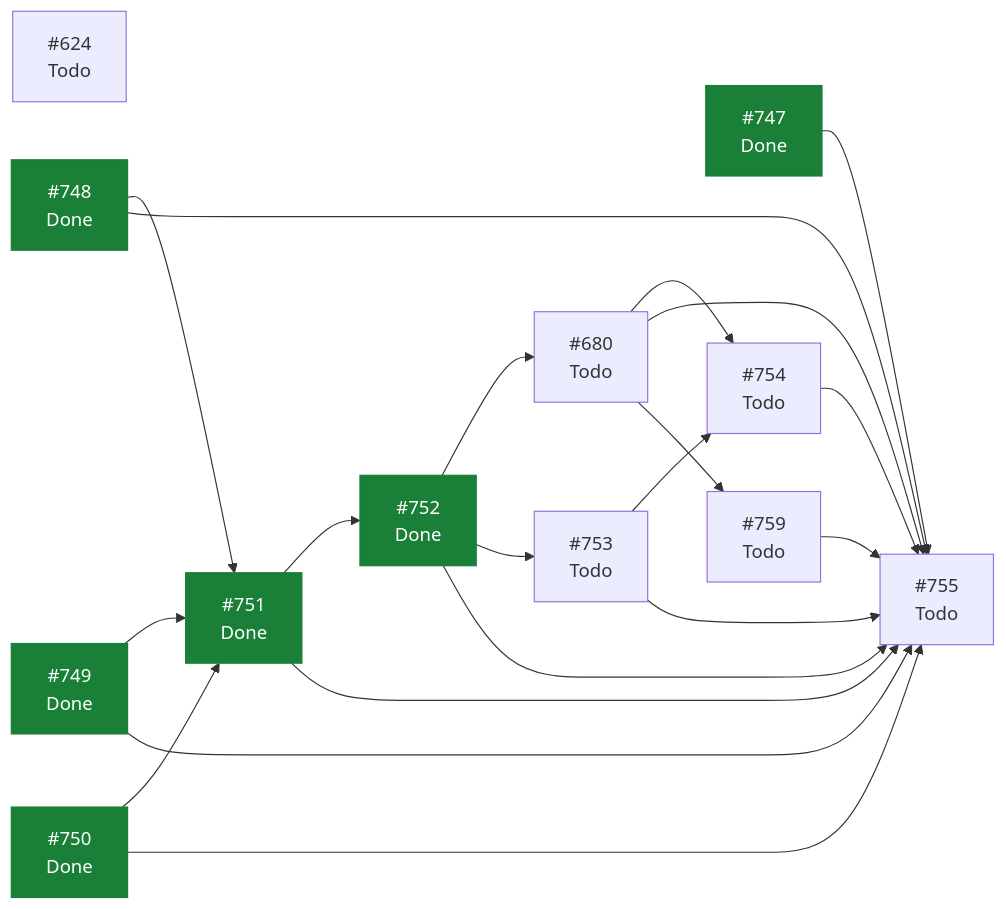
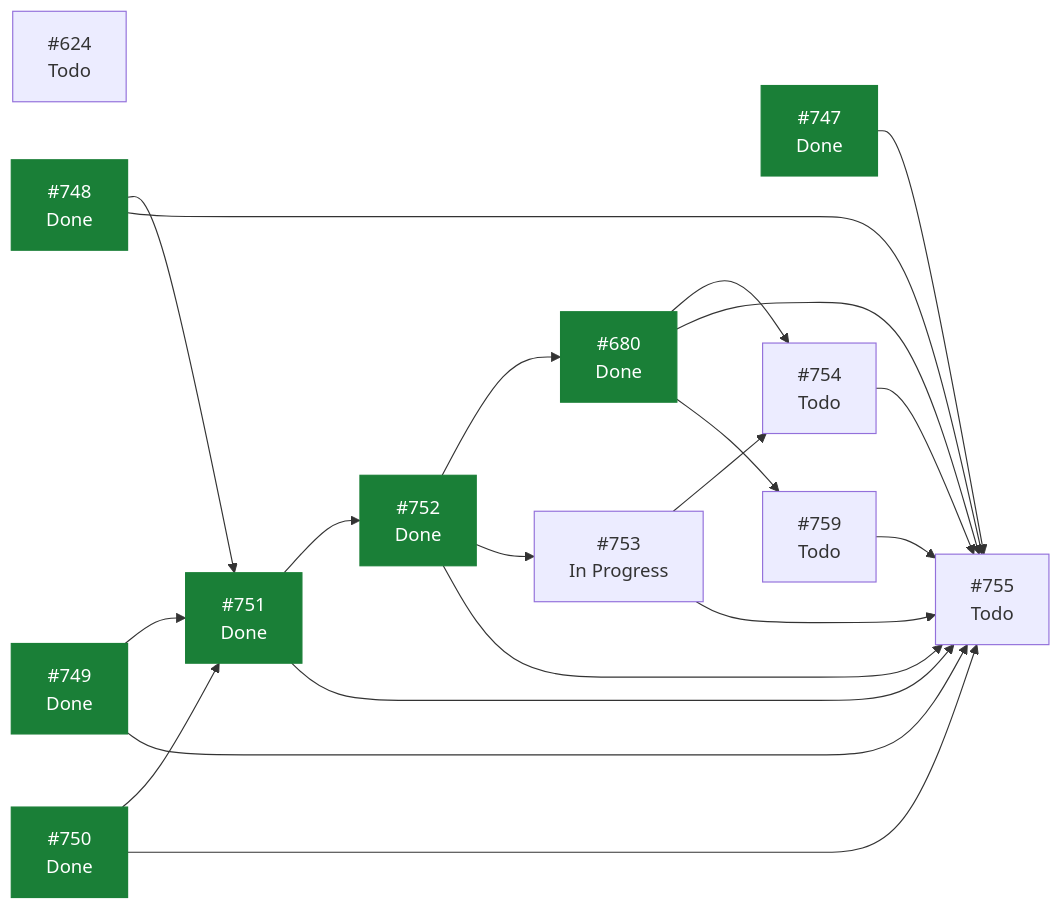
Before and after one commit to ecamp0s/evault: the diagram in docs/planning/STATUS.md, drawn with Mermaid. The commit also changed other lines of this file, not shown here.

````diff
--- a/docs/planning/STATUS.md
+++ b/docs/planning/STATUS.md
@@ -98,36 +98,36 @@
 ```mermaid
 graph LR
   I624["#624<br/>Todo"]
-  I680["#680<br/>Todo"]
+  I680["#680<br/>Done"]
   I747["#747<br/>Done"]
   I748["#748<br/>Done"]
   I749["#749<br/>Done"]
   I750["#750<br/>Done"]
   I751["#751<br/>Done"]
   I752["#752<br/>Done"]
-  I753["#753<br/>Todo"]
+  I753["#753<br/>In Progress"]
   I754["#754<br/>Todo"]
   I755["#755<br/>Todo"]
   I759["#759<br/>Todo"]
   I680 --> I754
   I680 --> I755
   I680 --> I759
   I747 --> I755
   I748 --> I751
   I748 --> I755
   I749 --> I751
   I749 --> I755
   I750 --> I751
   I750 --> I755
   I751 --> I752
   I751 --> I755
   I752 --> I680
   I752 --> I753
   I752 --> I755
   I753 --> I754
   I753 --> I755
   I754 --> I755
   I759 --> I755
   classDef hecho fill:#1a7f37,stroke:#1a7f37,color:#fff;
-  class I747,I748,I749,I750,I751,I752 hecho;
+  class I680,I747,I748,I749,I750,I751,I752 hecho;
 ```
````
